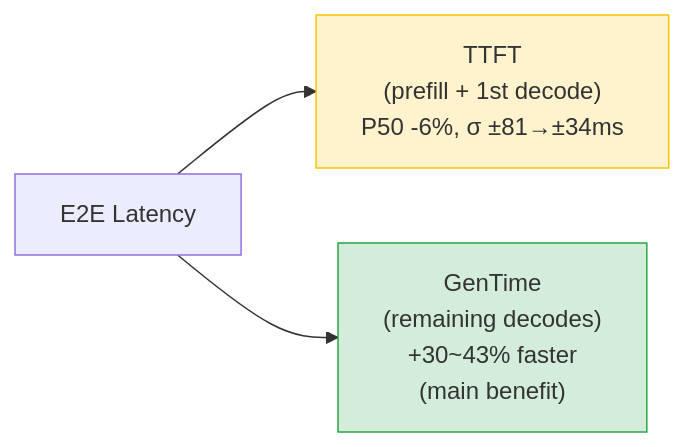
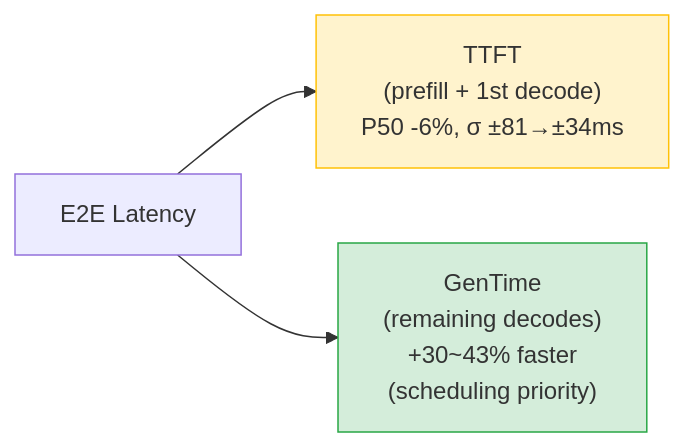
One commit to david-xinyuwei/david-share changed the second of 3 diagrams in Agents/AOAI-Priority-Processing-Benchmark/README.md. Above: the diagram before and after it, drawn with Mermaid. The commit also changed other lines of this file and 1 other file, not shown here.

Commit message:
CRITICAL FIX: Priority Processing is scheduling priority + dynamic compute allocation, NOT faster decode kernel. Cite MS Tech Community blog.

````diff
--- a/Agents/AOAI-Priority-Processing-Benchmark/README.md
+++ b/Agents/AOAI-Priority-Processing-Benchmark/README.md
@@ -117,8 +117,8 @@
 ```mermaid
 flowchart LR
     E2E["E2E Latency"] --> TTFT["TTFT<br/>(prefill + 1st decode)<br/>P50 -6%, σ ±81→±34ms"]
-    E2E --> GenTime["GenTime<br/>(remaining decodes)<br/>+30~43% faster<br/>(main benefit)"]
+    E2E --> GenTime["GenTime<br/>(remaining decodes)<br/>+30~43% faster<br/>(scheduling priority)"]
     
     style TTFT fill:#fff3cd,stroke:#ffc107
     style GenTime fill:#d4edda,stroke:#28a745
 ```
````
